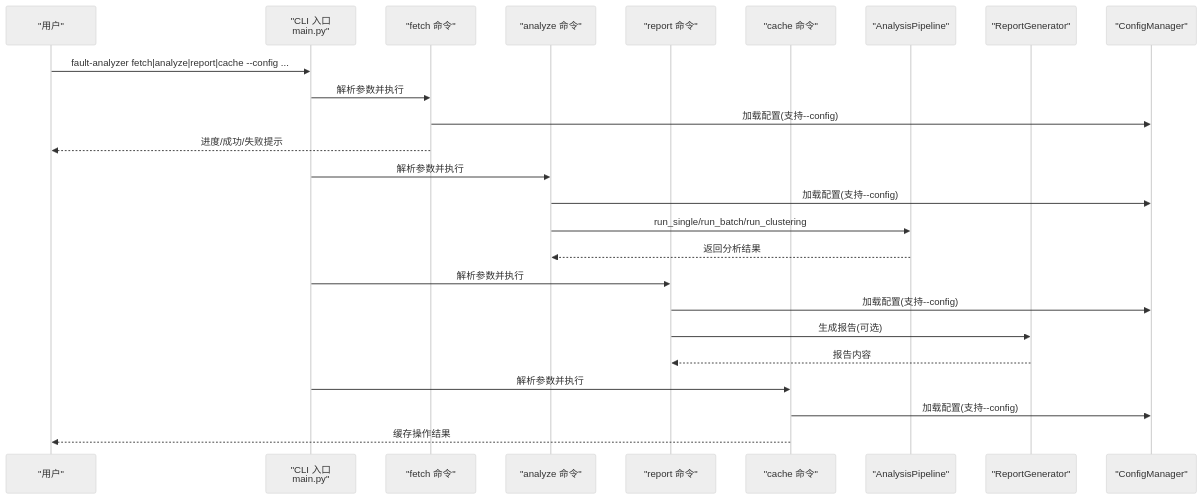
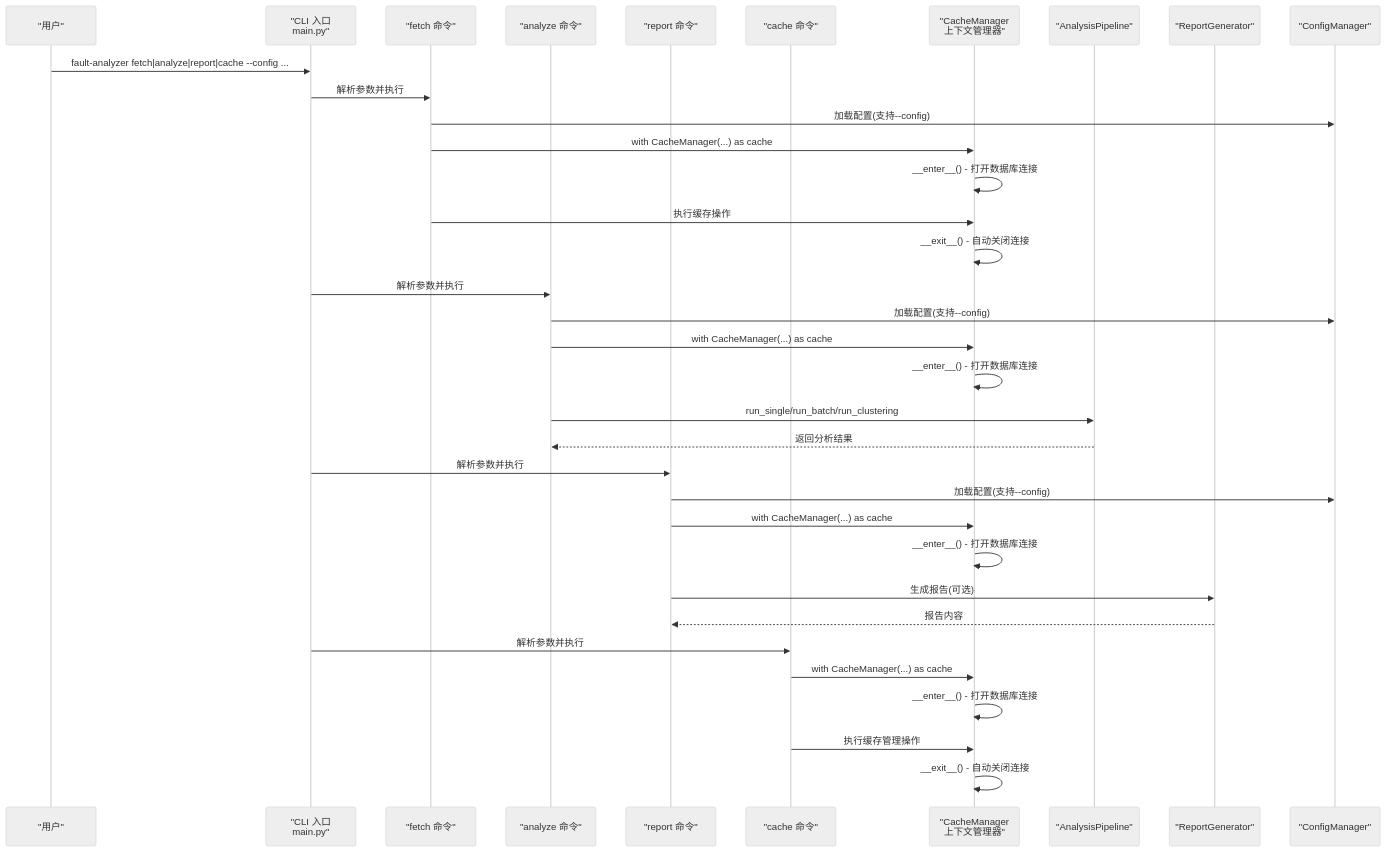
One commit to boyingliu01/fault-review-analyzer changed the second of 3 diagrams in .qoder/repowiki/zh/content/命令行工具/命令行工具.md. Above: the diagram before and after it, drawn with Mermaid (neutral theme). The commit also changed other lines of this file and 123 other files, not shown here.

````diff
--- a/.qoder/repowiki/zh/content/命令行工具/命令行工具.md
+++ b/.qoder/repowiki/zh/content/命令行工具/命令行工具.md
@@ -109,27 +120,37 @@
 ```mermaid
 sequenceDiagram
 participant U as "用户"
 participant CLI as "CLI 入口<br/>main.py"
 participant F as "fetch 命令"
 participant A as "analyze 命令"
 participant R as "report 命令"
 participant C as "cache 命令"
+participant CM as "CacheManager<br/>上下文管理器"
 participant P as "AnalysisPipeline"
 participant RG as "ReportGenerator"
-participant CM as "ConfigManager"
+participant CFG as "ConfigManager"
 U->>CLI : fault-analyzer fetch|analyze|report|cache --config ...
 CLI->>F : 解析参数并执行
-F->>CM : 加载配置(支持--config)
-F-->>U : 进度/成功/失败提示
+F->>CFG : 加载配置(支持--config)
+F->>CM : with CacheManager(...) as cache
+CM->>CM : __enter__() - 打开数据库连接
+F->>CM : 执行缓存操作
+CM->>CM : __exit__() - 自动关闭连接
 CLI->>A : 解析参数并执行
-A->>CM : 加载配置(支持--config)
+A->>CFG : 加载配置(支持--config)
+A->>CM : with CacheManager(...) as cache
+CM->>CM : __enter__() - 打开数据库连接
 A->>P : run_single/run_batch/run_clustering
 P-->>A : 返回分析结果
 CLI->>R : 解析参数并执行
-R->>CM : 加载配置(支持--config)
+R->>CFG : 加载配置(支持--config)
+R->>CM : with CacheManager(...) as cache
+CM->>CM : __enter__() - 打开数据库连接
 R->>RG : 生成报告(可选)
 RG-->>R : 报告内容
 CLI->>C : 解析参数并执行
-C->>CM : 加载配置(支持--config)
-C-->>U : 缓存操作结果
+C->>CM : with CacheManager(...) as cache
+CM->>CM : __enter__() - 打开数据库连接
+C->>CM : 执行缓存管理操作
+CM->>CM : __exit__() - 自动关闭连接
 ```
````
